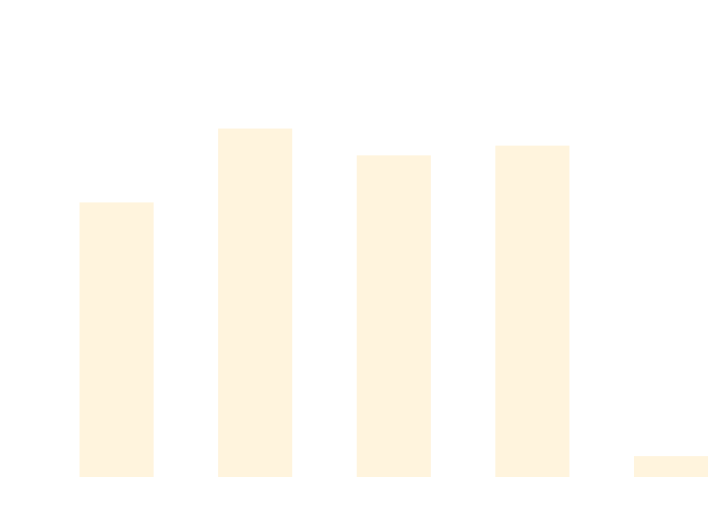
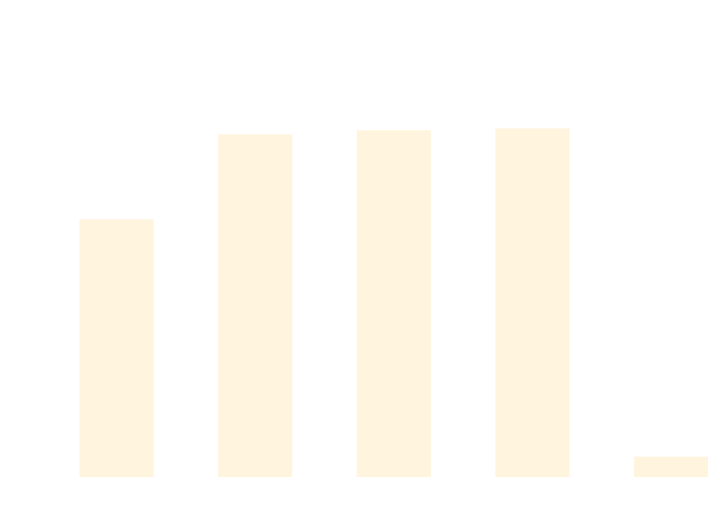
The diagram in docs/docs/benchmarks/DataDrivenTests.md (thomhurst/TUnit), drawn with Mermaid before and after one commit. The commit also changed other lines of this file and 17 other files, not shown here.

````diff
--- a/docs/docs/benchmarks/DataDrivenTests.md
+++ b/docs/docs/benchmarks/DataDrivenTests.md
@@ -27,37 +27,37 @@
 ```mermaid
 %%{init: {
   'theme':'base',
   'themeVariables': {
     'primaryColor': '#2563eb',
     'primaryTextColor': '#ffffff',
     'primaryBorderColor': '#1e40af',
     'lineColor': '#6b7280',
     'secondaryColor': '#7c3aed',
     'tertiaryColor': '#dc2626',
     'background': '#ffffff',
     'mainBkg': '#2563eb',
     'secondBkg': '#7c3aed',
     'tertiaryBkg': '#dc2626',
     'clusterBkg': '#f3f4f6',
     'edgeLabelBackground': '#ffffff',
     'tertiaryTextColor': '#1f2937',
     'pie1': '#2563eb',
     'pie2': '#7c3aed',
     'pie3': '#dc2626',
     'pie4': '#f59e0b',
     'pie5': '#10b981',
     'pie6': '#06b6d4',
     'pie7': '#ec4899',
     'pie8': '#6366f1',
     'pie9': '#84cc16',
     'pie10': '#f97316',
     'pie11': '#14b8a6',
     'pie12': '#a855f7'
   }
 }}%%
 xychart-beta
   title "DataDrivenTests Performance Comparison"
   x-axis ["TUnit", "NUnit", "MSTest", "xUnit3", "TUnit_AOT"]
-  y-axis "Time (ms)" 0 --> 785
-  bar [511.64, 653.39, 601.97, 620.66, 24.72]
+  y-axis "Time (ms)" 0 --> 830
+  bar [506.82, 679.19, 687.55, 691.2, 24.93]
 ```
````
